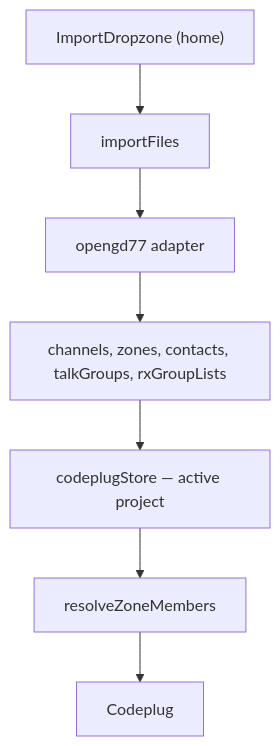
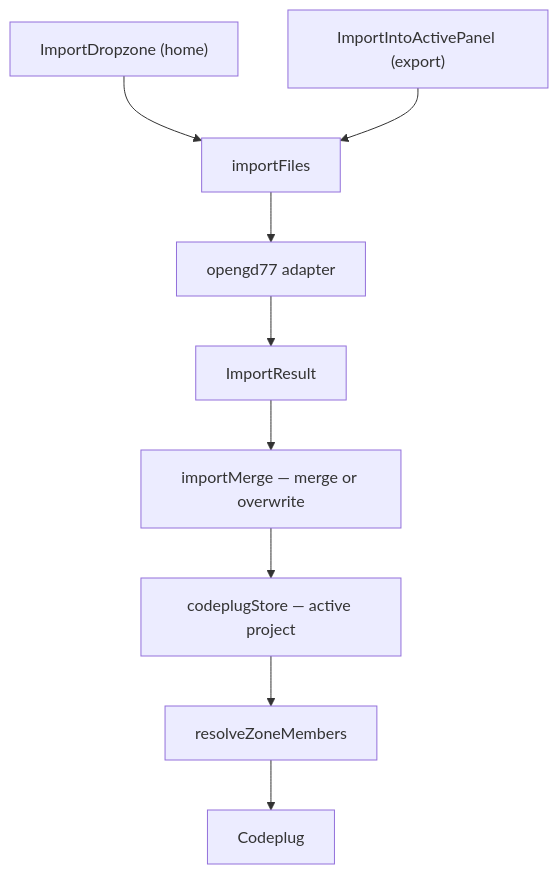
One commit to pskillen/opengd77-map changed the diagram in docs/features/import/README.md. Above: the diagram before and after it, drawn with Mermaid. The commit also changed other lines of this file and 4 other files, not shown here.

First line of the commit message:
docs(import): document active import merge and overwrite modes

````diff
--- a/docs/features/import/README.md
+++ b/docs/features/import/README.md
@@ -37,9 +41,11 @@
 ```mermaid
 flowchart TD
-  UI["ImportDropzone (home)"] --> importFiles
+  HomeUI["ImportDropzone (home)"] --> importFiles
+  ExportUI["ImportIntoActivePanel (export)"] --> importFiles
   importFiles --> Adapter["opengd77 adapter"]
-  Adapter --> Raw["channels, zones, contacts, talkGroups, rxGroupLists"]
-  Raw --> Store["codeplugStore — active project"]
+  Adapter --> Raw["ImportResult"]
+  Raw --> Merge["importMerge — merge or overwrite"]
+  Merge --> Store["codeplugStore — active project"]
   Store --> Resolve["resolveZoneMembers"]
   Resolve --> Codeplug["Codeplug"]
 ```
````
